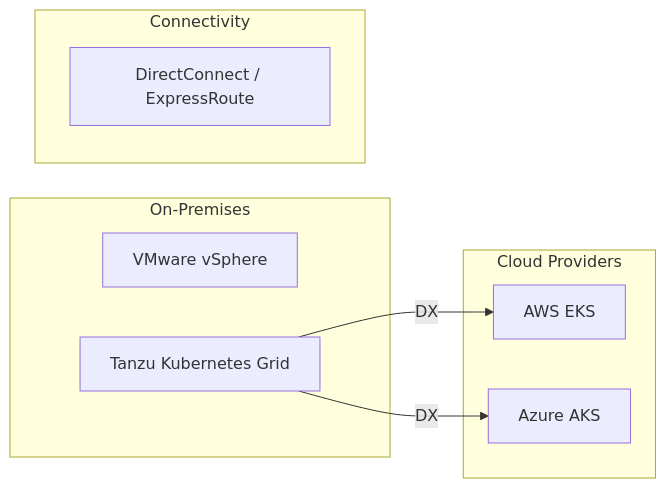
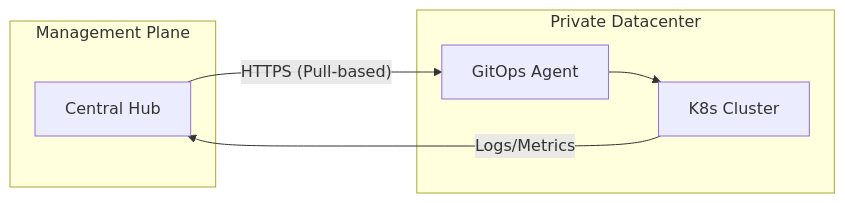
The second of 10 diagrams in README.md (Devopstrio/hybrid-kubernetes-pattern), drawn with Mermaid before and after one commit. The commit also changed other lines of this file, not shown here.

Commit message:
docs: upgrade README to institutional-grade reference architecture style

````diff
--- a/README.md
+++ b/README.md
@@ -69,19 +97,13 @@
 ```mermaid
 graph LR
-    subgraph "On-Premises"
-        VMW[VMware vSphere]
-        TKG[Tanzu Kubernetes Grid]
+    subgraph "Management Plane"
+        Hub[Central Hub]
     end
-
-    subgraph "Cloud Providers"
-        AWS[AWS EKS]
-        AZ[Azure AKS]
+    subgraph "Private Datacenter"
+        Agent[GitOps Agent]
+        Cluster[K8s Cluster]
     end
-
-    subgraph "Connectivity"
-        DX[DirectConnect / ExpressRoute]
-    end
-
-    TKG -- DX --> AWS
-    TKG -- DX --> AZ
+    Hub -- "HTTPS (Pull-based)" --> Agent
+    Agent --> Cluster
+    Cluster -- "Logs/Metrics" --> Hub
 ```
````
